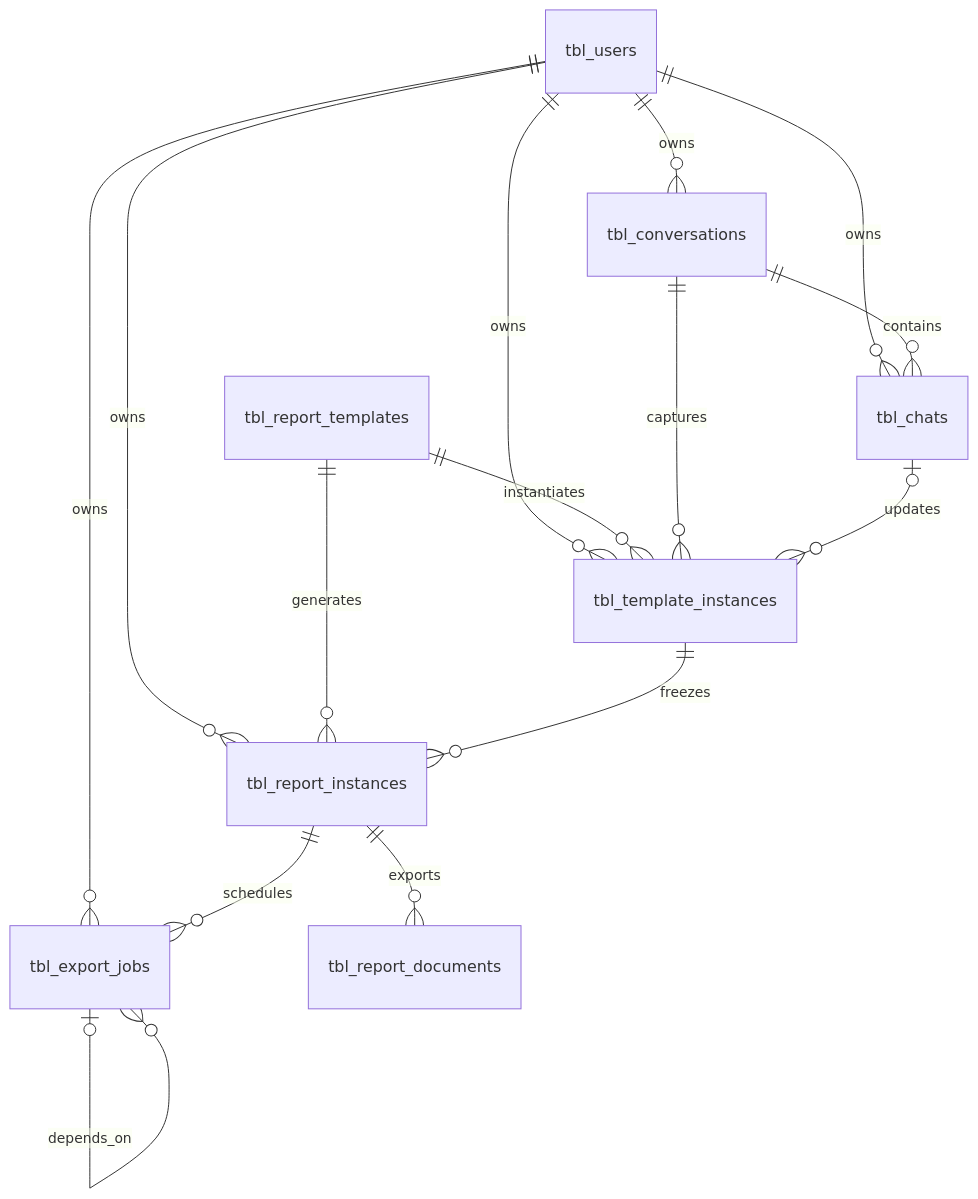
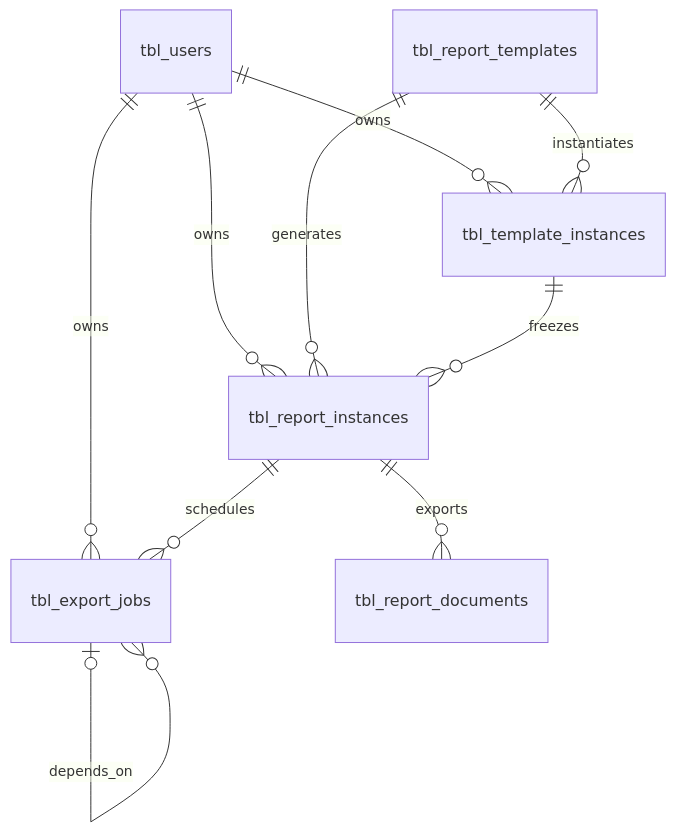
The first of 2 diagrams in docs/implementation/contracts/database/README.md (shel447/ReportSystem), drawn with Mermaid before and after one commit. The commit also changed other lines of this file and 63 other files, not shown here.

````diff
--- a/docs/implementation/contracts/database/README.md
+++ b/docs/implementation/contracts/database/README.md
@@ -23,17 +23,12 @@
 ```mermaid
 erDiagram
-    tbl_users ||--o{ tbl_conversations : owns
-    tbl_users ||--o{ tbl_chats : owns
     tbl_users ||--o{ tbl_template_instances : owns
     tbl_users ||--o{ tbl_report_instances : owns
     tbl_users ||--o{ tbl_export_jobs : owns
-    tbl_conversations ||--o{ tbl_chats : contains
     tbl_report_templates ||--o{ tbl_template_instances : instantiates
-    tbl_conversations ||--o{ tbl_template_instances : captures
-    tbl_chats o|--o{ tbl_template_instances : updates
     tbl_report_templates ||--o{ tbl_report_instances : generates
     tbl_template_instances ||--o{ tbl_report_instances : freezes
     tbl_report_instances ||--o{ tbl_report_documents : exports
     tbl_report_instances ||--o{ tbl_export_jobs : schedules
     tbl_export_jobs o|--o{ tbl_export_jobs : depends_on
 ```
````
